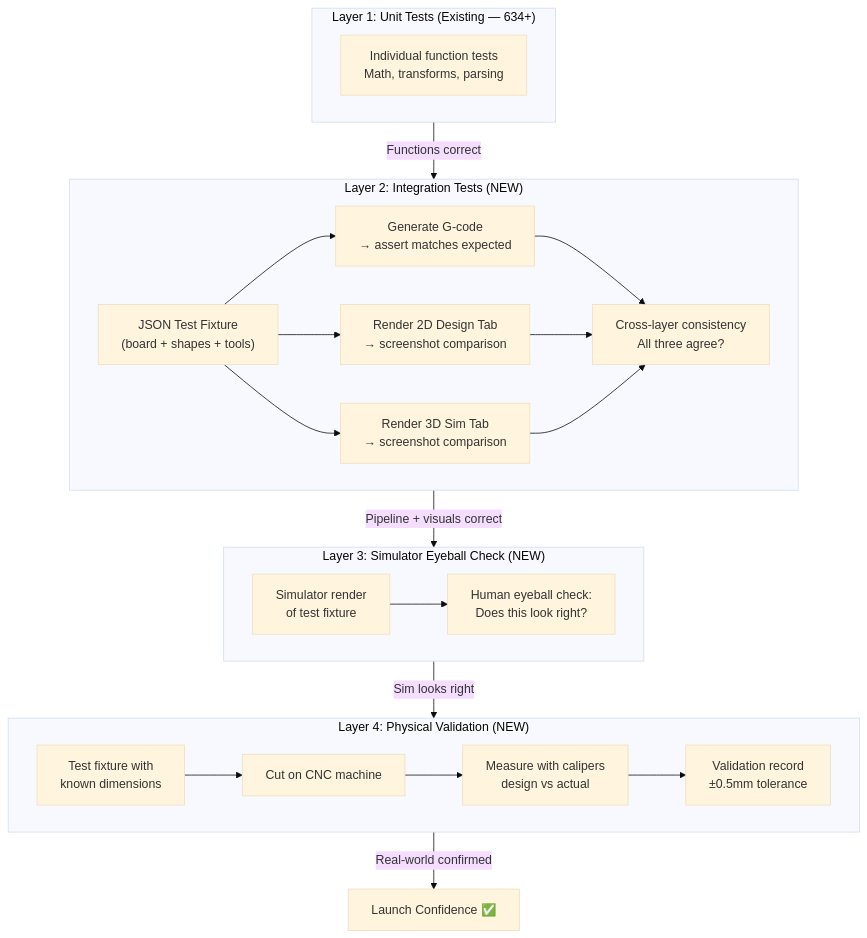
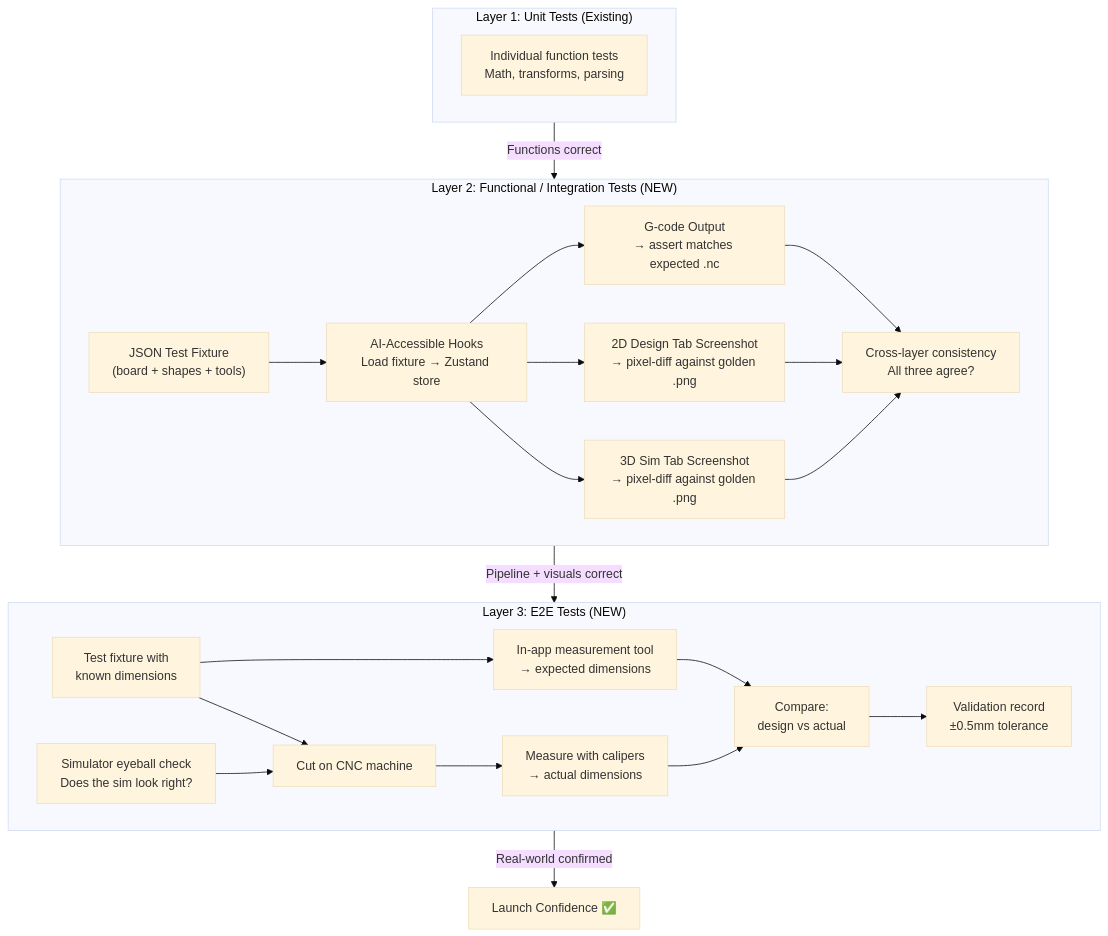
The first of 4 diagrams in docs/projects/routr/epics/validation.md (danhannah94/csdlc-docs), drawn with Mermaid (base theme) before and after one commit. The commit also changed other lines of this file, not shown here.

Commit message:
docs: validation epic - refinement pass 3 (3-layer model, AI hooks, measurement tool, CI/CD strategy, testing strategy for new features)

````diff
--- a/docs/projects/routr/epics/validation.md
+++ b/docs/projects/routr/epics/validation.md
@@ -102,34 +98,33 @@
 ```mermaid
 graph TD
-    subgraph L1["Layer 1: Unit Tests (Existing — 634+)"]
+    subgraph L1["Layer 1: Unit Tests (Existing)"]
         UT["Individual function tests<br/>Math, transforms, parsing"]
     end
 
-    subgraph L2["Layer 2: Integration Tests (NEW)"]
+    subgraph L2["Layer 2: Functional / Integration Tests (NEW)"]
         JSON["JSON Test Fixture<br/>(board + shapes + tools)"]
-        JSON --> GCODE["Generate G-code<br/>→ assert matches expected"]
-        JSON --> CANVAS2D["Render 2D Design Tab<br/>→ screenshot comparison"]
-        JSON --> SIM3D["Render 3D Sim Tab<br/>→ screenshot comparison"]
+        JSON --> HOOKS["AI-Accessible Hooks<br/>Load fixture → Zustand store"]
+        HOOKS --> GCODE["G-code Output<br/>→ assert matches expected .nc"]
+        HOOKS --> CANVAS2D["2D Design Tab Screenshot<br/>→ pixel-diff against golden .png"]
+        HOOKS --> SIM3D["3D Sim Tab Screenshot<br/>→ pixel-diff against golden .png"]
         GCODE --> CROSS["Cross-layer consistency<br/>All three agree?"]
         CANVAS2D --> CROSS
         SIM3D --> CROSS
     end
 
-    subgraph L3["Layer 3: Simulator Eyeball Check (NEW)"]
-        SIMRENDER["Simulator render<br/>of test fixture"]
-        EYEBALL["Human eyeball check:<br/>Does this look right?"]
-        SIMRENDER --> EYEBALL
-    end
-
-    subgraph L4["Layer 4: Physical Validation (NEW)"]
-        DESIGN["Test fixture with<br/>known dimensions"]
-        DESIGN --> CUT[Cut on CNC machine]
-        CUT --> MEASURE["Measure with calipers<br/>design vs actual"]
-        MEASURE --> RECORD["Validation record<br/>±0.5mm tolerance"]
+    subgraph L3["Layer 3: E2E Tests (NEW)"]
+        FIXTURE["Test fixture with<br/>known dimensions"]
+        FIXTURE --> MEASURE_APP["In-app measurement tool<br/>→ expected dimensions"]
+        FIXTURE --> CUT["Cut on CNC machine"]
+        CUT --> MEASURE_REAL["Measure with calipers<br/>→ actual dimensions"]
+        MEASURE_APP --> COMPARE["Compare:<br/>design vs actual"]
+        MEASURE_REAL --> COMPARE
+        COMPARE --> RECORD["Validation record<br/>±0.5mm tolerance"]
+        EYEBALL["Simulator eyeball check<br/>Does the sim look right?"]
+        EYEBALL --> CUT
     end
 
     L1 --> |"Functions correct"| L2
     L2 --> |"Pipeline + visuals correct"| L3
-    L3 --> |"Sim looks right"| L4
-    L4 --> |"Real-world confirmed"| LAUNCH["Launch Confidence ✅"]
+    L3 --> |"Real-world confirmed"| LAUNCH["Launch Confidence ✅"]
 ```
````
